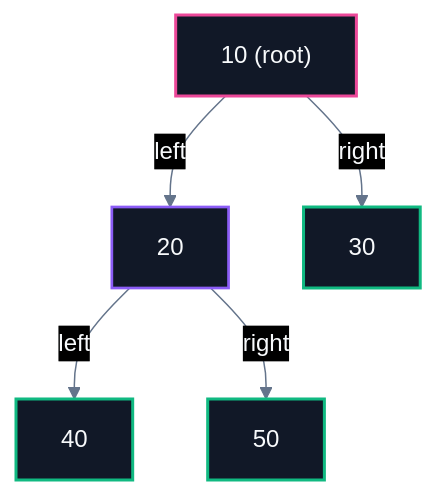
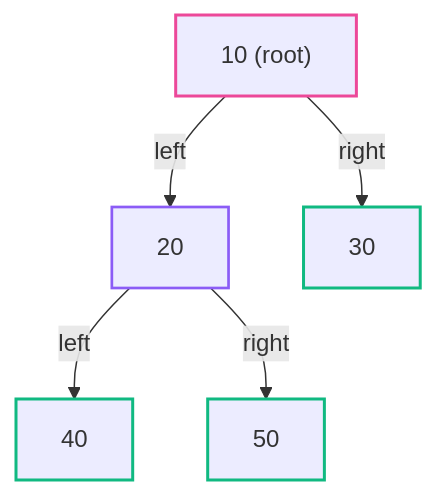
Before and after one commit to abhinavbharti2345/CS_Notes: the first of 5 diagrams in CS/DSA/07. Trees & BSTs/02. Binary Tree Traversals.md, drawn with Mermaid. The commit also changed other lines of this file and 91 other files, not shown here.

````diff
--- a/CS/DSA/07. Trees & BSTs/02. Binary Tree Traversals.md
+++ b/CS/DSA/07. Trees & BSTs/02. Binary Tree Traversals.md
@@ -39,21 +39,20 @@
 ```mermaid
-%%{init: {'theme': 'base', 'themeVariables': { 'darkMode': true, 'background': '#0B0F14', 'mainBkg': '#111827', 'primaryColor': '#111827', 'primaryTextColor': '#F8FAFC', 'primaryBorderColor': '#38BDF8', 'lineColor': '#64748B', 'secondaryColor': '#0B0F14', 'tertiaryColor': '#0B0F14', 'clusterBkg': '#0B0F14', 'clusterBorder': '#38BDF8' }}}%%
 flowchart TD
     N10["10 (root)"]
     N20["20"]
     N30["30"]
     N40["40"]
     N50["50"]
 
     N10 -->|left| N20
     N10 -->|right| N30
     N20 -->|left| N40
     N20 -->|right| N50
 
-    classDef rootStyle fill:#111827,stroke:#ec4899,stroke-width:2px,color:#F8FAFC;
-    classDef nodeStyle fill:#111827,stroke:#8b5cf6,stroke-width:1.8px,color:#F8FAFC;
-    classDef leafStyle fill:#111827,stroke:#10b981,stroke-width:2px,color:#F8FAFC;
+    classDef rootStyle stroke:#ec4899,stroke-width:2px;
+    classDef nodeStyle stroke:#8b5cf6,stroke-width:1.8px;
+    classDef leafStyle stroke:#10b981,stroke-width:2px;
     class N10 rootStyle;
     class N20 nodeStyle;
     class N30,N40,N50 leafStyle;
 ```
````
